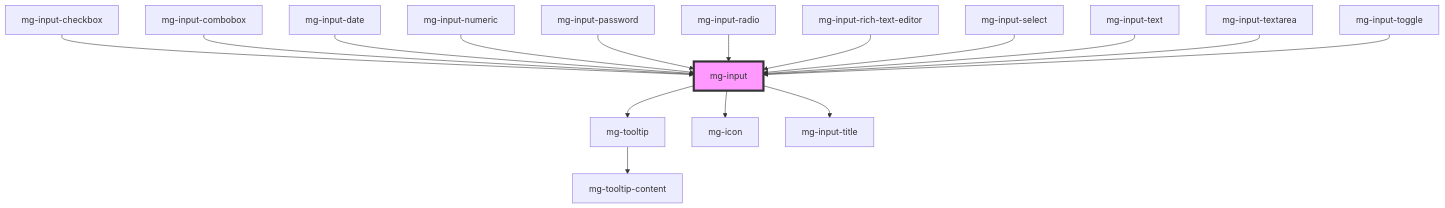
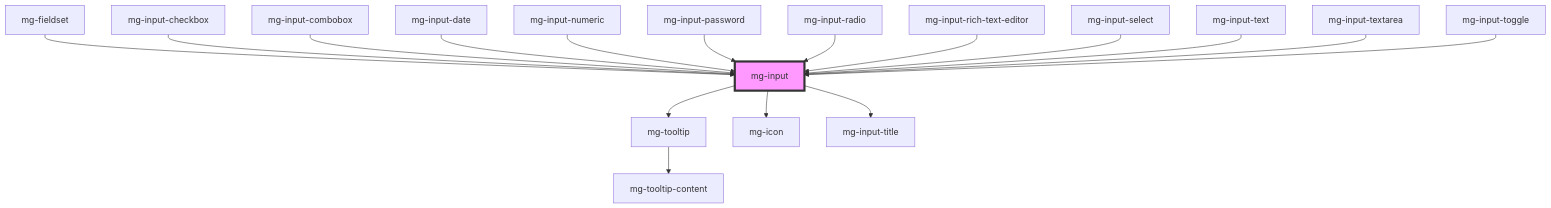
The diagram in packages/mg-components/src/components/molecules/inputs/mg-input/readme.md (MGDIS/core-ui), drawn with Mermaid before and after one commit. The commit also changed other lines of this file and 88 other files, not shown here.

````diff
--- a/packages/mg-components/src/components/molecules/inputs/mg-input/readme.md
+++ b/packages/mg-components/src/components/molecules/inputs/mg-input/readme.md
@@ -151,19 +155,20 @@
 ```mermaid
 graph TD;
   mg-input --> mg-tooltip
   mg-input --> mg-icon
   mg-input --> mg-input-title
   mg-tooltip --> mg-tooltip-content
+  mg-fieldset --> mg-input
   mg-input-checkbox --> mg-input
   mg-input-combobox --> mg-input
   mg-input-date --> mg-input
   mg-input-numeric --> mg-input
   mg-input-password --> mg-input
   mg-input-radio --> mg-input
   mg-input-rich-text-editor --> mg-input
   mg-input-select --> mg-input
   mg-input-text --> mg-input
   mg-input-textarea --> mg-input
   mg-input-toggle --> mg-input
   style mg-input fill:#f9f,stroke:#333,stroke-width:4px
 ```
````
